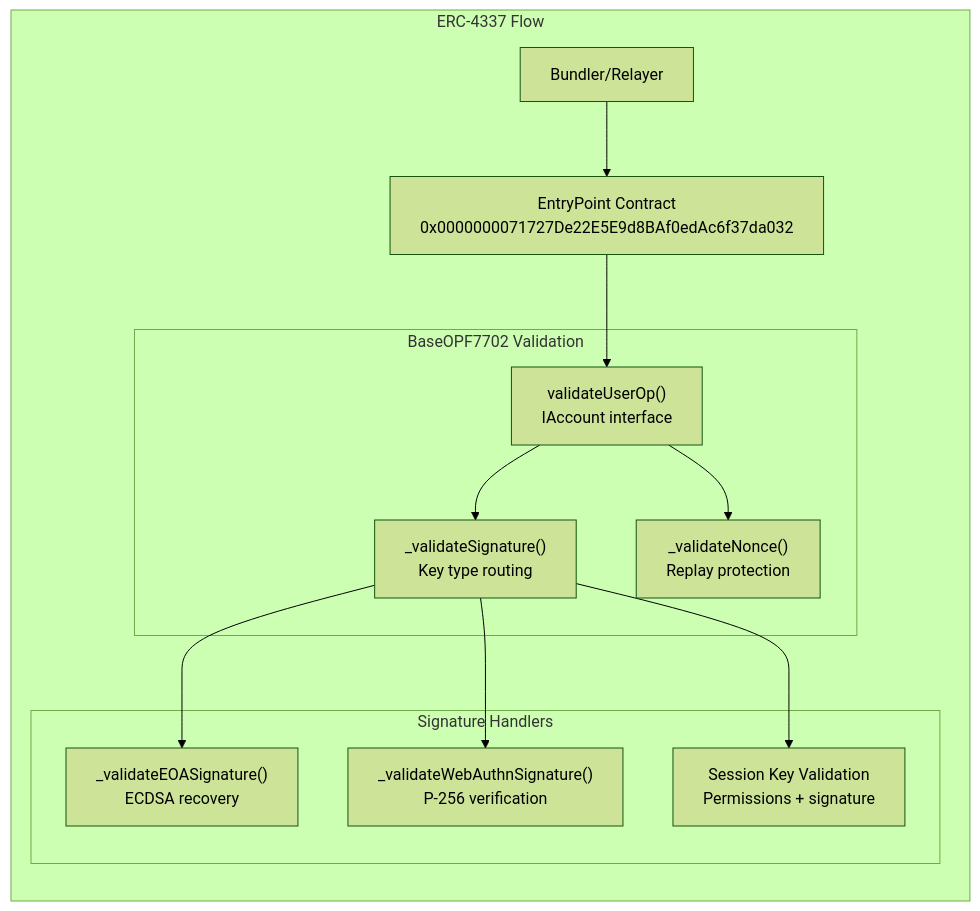
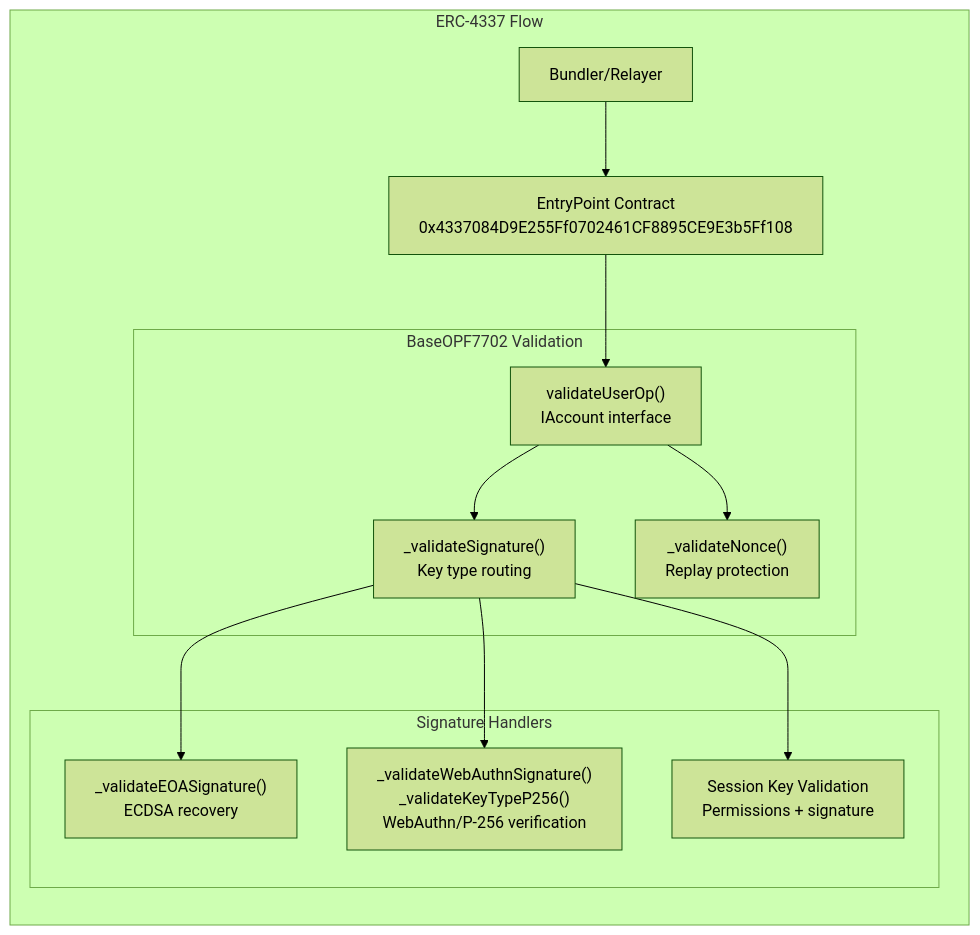
The second of 4 diagrams in docs/AA.md (openfort-xyz/openfort-7702-account), drawn with Mermaid (forest theme) before and after one commit. The commit also changed other lines of this file, not shown here.

````diff
--- a/docs/AA.md
+++ b/docs/AA.md
@@ -50,28 +50,28 @@
 ```mermaid
 flowchart LR
     subgraph "ERC-4337 Flow"
         Bundler["Bundler/Relayer"]
-        EntryPoint["EntryPoint Contract<br/>0x0000000071727De22E5E9d8BAf0edAc6f37da032"]
+        EntryPoint["EntryPoint Contract<br/>0x4337084D9E255Ff0702461CF8895CE9E3b5Ff108"]
         
         subgraph "BaseOPF7702 Validation"
             ValidateUserOp["validateUserOp()<br/>IAccount interface"]
             SigValidation["_validateSignature()<br/>Key type routing"]
             NonceValidation["_validateNonce()<br/>Replay protection"]
         end
         
         subgraph "Signature Handlers"
             EOAValidator["_validateEOASignature()<br/>ECDSA recovery"]
-            WebAuthnValidator["_validateWebAuthnSignature()<br/>P-256 verification"]
+            WebAuthnValidator["_validateWebAuthnSignature()<br/>_validateKeyTypeP256()<br/>WebAuthn/P-256 verification"]
             SessionKeyValidator["Session Key Validation<br/>Permissions + signature"]
         end
     end
 
     %% Flow connections
     Bundler --> EntryPoint
     EntryPoint --> ValidateUserOp
     ValidateUserOp --> SigValidation
     ValidateUserOp --> NonceValidation
     SigValidation --> EOAValidator
     SigValidation --> WebAuthnValidator
     SigValidation --> SessionKeyValidator
 ```
````
